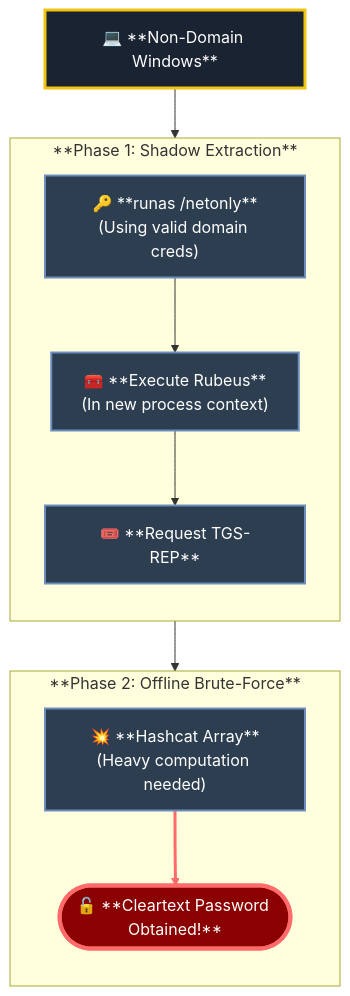
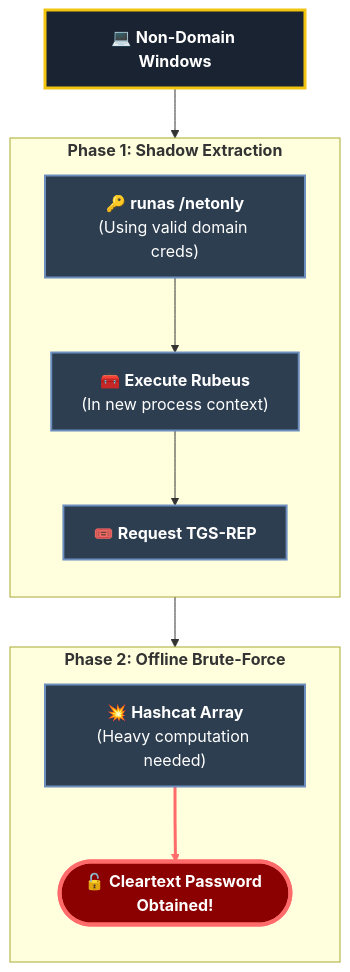
Before and after one commit to Roothulhu/Pwnomicon: the tenth of 10 diagrams in docs/10-active-directory.md, drawn with Mermaid. The commit also changed other lines of this file, not shown here.

````diff
--- a/docs/10-active-directory.md
+++ b/docs/10-active-directory.md
@@ -9307,28 +9307,28 @@
 ```mermaid
 flowchart TD
     %% Initial Access
-    A["💻 **Non-Domain Windows**"] --> B["🔑 **runas /netonly**<br/>(Using valid domain creds)"]
+    A["💻 <b>Non-Domain Windows</b>"] --> B["🔑 <b>runas /netonly</b><br/>(Using valid domain creds)"]
 
     %% Tooling & Extraction
-    subgraph Extraction ["**Phase 1: Shadow Extraction**"]
+    subgraph Extraction ["<b>Phase 1: Shadow Extraction</b>"]
         direction TB
-        B --> C["🧰 **Execute Rubeus**<br/>(In new process context)"]
-        C --> D["🎟️ **Request TGS-REP**"]
+        B --> C["🧰 <b>Execute Rubeus</b><br/>(In new process context)"]
+        C --> D["🎟️ <b>Request TGS-REP</b>"]
     end
 
     %% Cracking
-    subgraph Cracking ["**Phase 2: Offline Brute-Force**"]
+    subgraph Cracking ["<b>Phase 2: Offline Brute-Force</b>"]
         direction TB
-        D --> E["💥 **Hashcat Array**<br/>(Heavy computation needed)"]
-        E --> F(["🔓 **Cleartext Password Obtained!**"])
+        D --> E["💥 <b>Hashcat Array</b><br/>(Heavy computation needed)"]
+        E --> F(["🔓 <b>Cleartext Password Obtained!</b>"])
     end
 
     %% Styling
     style A fill:#1a2332,stroke:#f1c40f,stroke-width:3px,color:#fff
     style F fill:#8b0000,stroke:#ff6b6b,stroke-width:4px,color:#fff
 
     classDef defaultNode fill:#2d3e50,stroke:#6c8ebf,stroke-width:2px,color:#fff;
     class B,C,D,E defaultNode;
 
     linkStyle 4 stroke:#ff6b6b,stroke-width:3px
 ```
````
